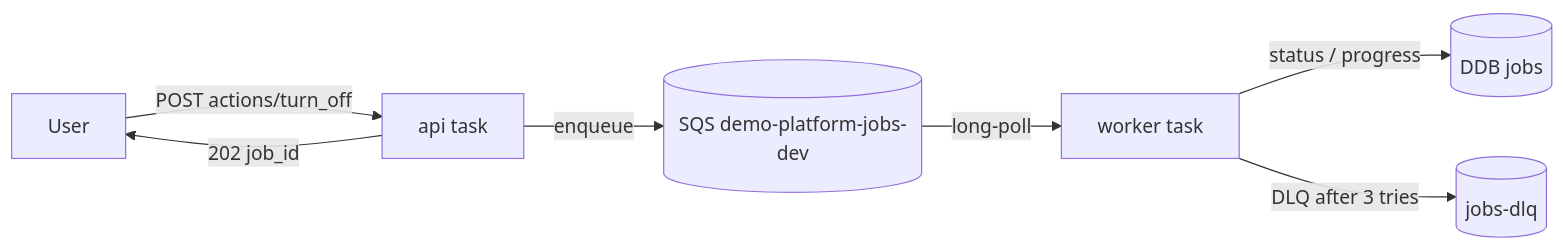
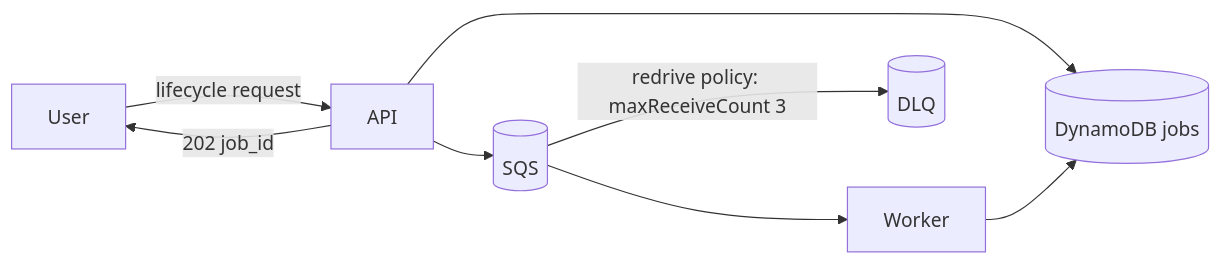
One commit to Atom-oh/AWS-Demo-Platform changed the diagram in docs/decisions/ADR-001-sqs-worker-for-async-jobs.md. Above: the diagram before and after it, drawn with Mermaid. The commit also changed other lines of this file and 10 other files, not shown here.

````diff
--- a/docs/decisions/ADR-001-sqs-worker-for-async-jobs.md
+++ b/docs/decisions/ADR-001-sqs-worker-for-async-jobs.md
@@ -13,9 +23,10 @@
 ```mermaid
 flowchart LR
-  U[User] -->|POST actions/turn_off| API[api task]
-  API -->|enqueue| Q[(SQS demo-platform-jobs-dev)]
+  U[User] -->|lifecycle request| API[API]
+  API --> J[(DynamoDB jobs)]
+  API --> Q[(SQS)]
   API -->|202 job_id| U
-  Q -->|long-poll| W[worker task]
-  W -->|status / progress| J[(DDB jobs)]
-  W -->|DLQ after 3 tries| D[(jobs-dlq)]
+  Q --> W[Worker]
+  W --> J
+  Q -->|redrive policy: maxReceiveCount 3| D[(DLQ)]
 ```
````
